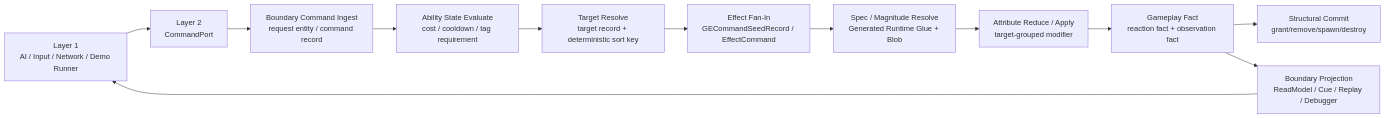
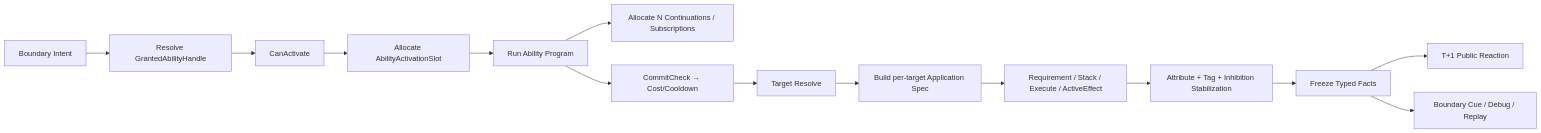
The diagram in 方案讨论/针对2.0的ECS架构的迭代方案讨论/01-目标态架构共识/01B-GAS业务语义链路概念设计Spec.md (Bo-ki/gameplay-ability-system-for-unity), drawn with Mermaid before and after one commit. The commit also changed other lines of this file and 104 other files, not shown here.

````diff
--- a/方案讨论/针对2.0的ECS架构的迭代方案讨论/01-目标态架构共识/01B-GAS业务语义链路概念设计Spec.md
+++ b/方案讨论/针对2.0的ECS架构的迭代方案讨论/01-目标态架构共识/01B-GAS业务语义链路概念设计Spec.md
@@ -33,14 +195,16 @@
 ```mermaid
 flowchart LR
-    Shell["Layer 1\nAI / Input / Network / Demo Runner"] --> Boundary["Layer 2\nCommandPort"]
-    Boundary --> Ingest["Boundary Command Ingest\nrequest entity / command record"]
-    Ingest --> Ability["Ability State Evaluate\ncost / cooldown / tag requirement"]
-    Ability --> Target["Target Resolve\ntarget record + deterministic sort key"]
-    Target --> FanIn["Effect Fan-In\nGECommandSeedRecord / EffectCommand"]
-    FanIn --> Spec["Spec / Magnitude Resolve\nGenerated Runtime Glue + Blob"]
-    Spec --> Apply["Attribute Reduce / Apply\ntarget-grouped modifier"]
-    Apply --> Fact["Gameplay Fact\nreaction fact + observation fact"]
-    Fact --> Commit["Structural Commit\ngrant/remove/spawn/destroy"]
-    Fact --> Projection["Boundary Projection\nReadModel / Cue / Replay / Debugger"]
-    Projection --> Shell
+    Intent["Boundary Intent"] --> Grant["Resolve GrantedAbilityHandle"]
+    Grant --> Can["CanActivate"]
+    Can --> Activation["Allocate AbilityActivationSlot"]
+    Activation --> Program["Run Ability Program"]
+    Program --> Wait["Allocate N Continuations / Subscriptions"]
+    Program --> Commit["CommitCheck → Cost/Cooldown"]
+    Commit --> Target["Target Resolve"]
+    Target --> Spec["Build per-target Application Spec"]
+    Spec --> Apply["Requirement / Stack / Execute / ActiveEffect"]
+    Apply --> Stabilize["Attribute + Tag + Inhibition Stabilization"]
+    Stabilize --> Fact["Freeze Typed Facts"]
+    Fact --> Next["T+1 Public Reaction"]
+    Fact --> Cue["Boundary Cue / Debug / Replay"]
 ```
````
